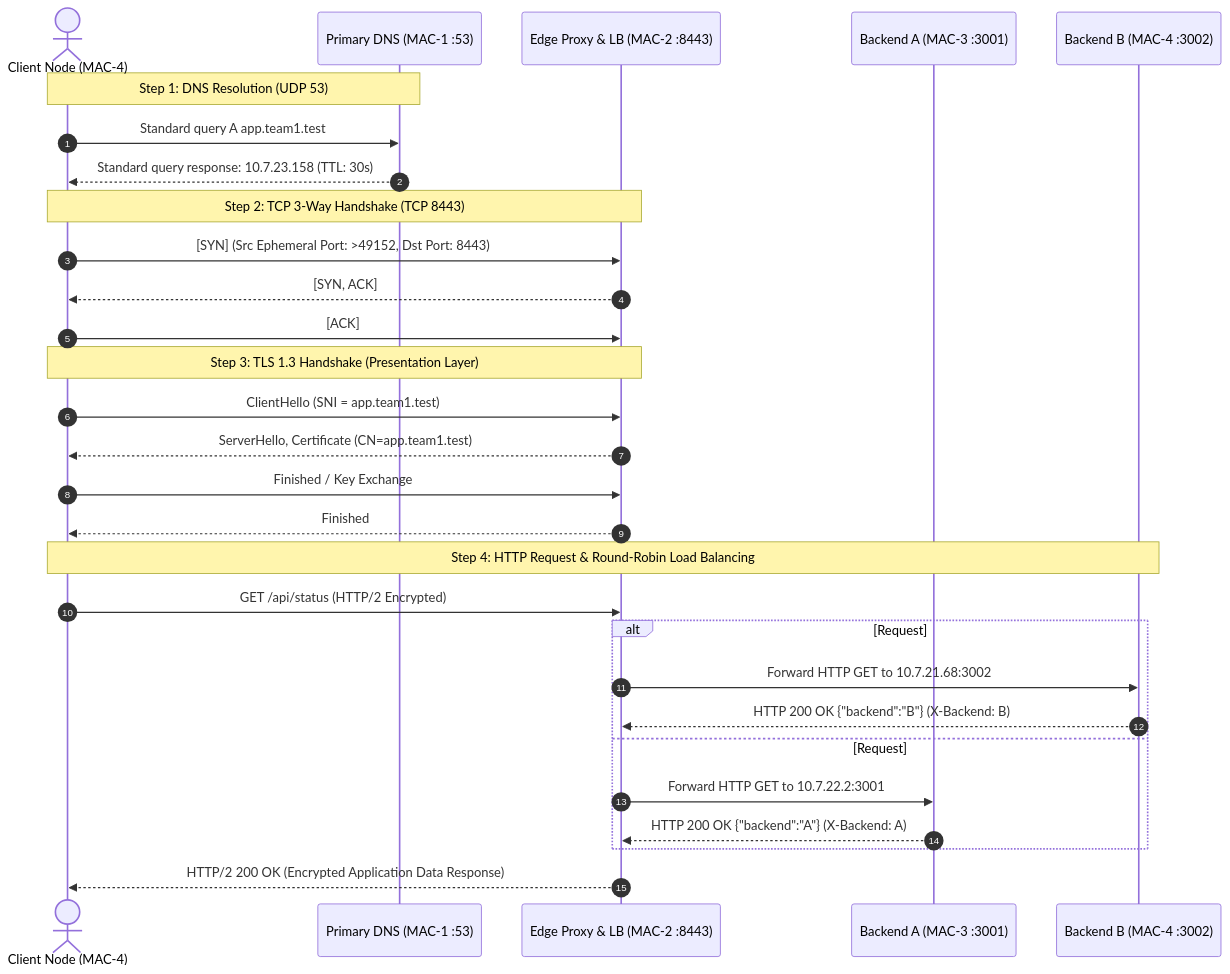
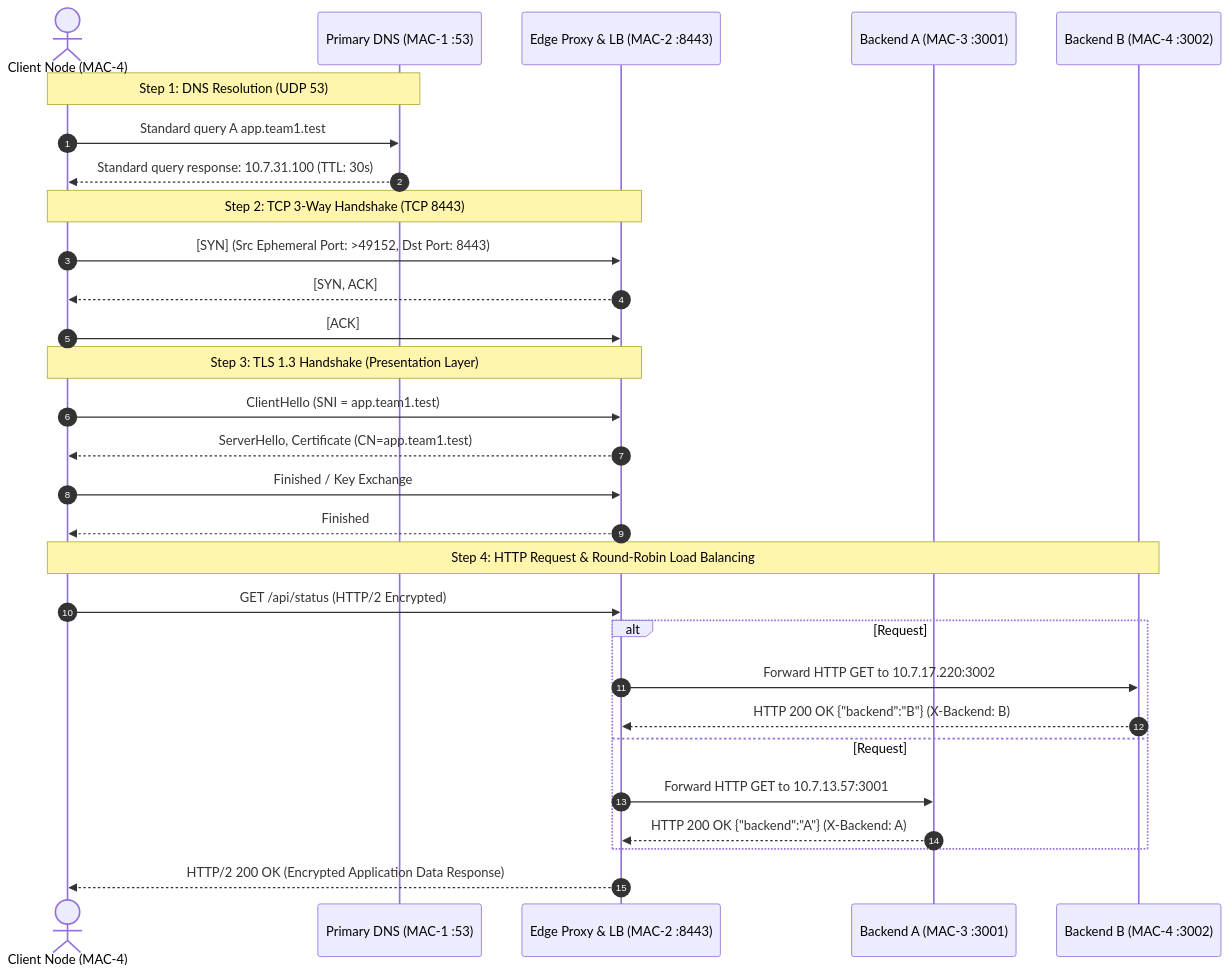
Before and after one commit to Ankit35027/Computer-Networks: the second of 3 diagrams in ARCHITECTURE.md, drawn with Mermaid. The commit also changed other lines of this file and 2 other files, not shown here.

Commit message:
Docs: Phase 2 report from live results, ARCHITECTURE on current IPs, 11-step demo script

````diff
--- a/ARCHITECTURE.md
+++ b/ARCHITECTURE.md
@@ -85,35 +89,35 @@
 ```mermaid
 sequenceDiagram
     autonumber
     actor Client as Client Node (MAC-4)
     participant DNS as Primary DNS (MAC-1 :53)
     participant Edge as Edge Proxy & LB (MAC-2 :8443)
     participant B_A as Backend A (MAC-3 :3001)
     participant B_B as Backend B (MAC-4 :3002)
 
     Note over Client,DNS: Step 1: DNS Resolution (UDP 53)
     Client->>DNS: Standard query A app.team1.test
-    DNS-->>Client: Standard query response: 10.7.23.158 (TTL: 30s)
+    DNS-->>Client: Standard query response: 10.7.31.100 (TTL: 30s)
 
     Note over Client,Edge: Step 2: TCP 3-Way Handshake (TCP 8443)
     Client->>Edge: [SYN] (Src Ephemeral Port: >49152, Dst Port: 8443)
     Edge-->>Client: [SYN, ACK]
     Client->>Edge: [ACK]
 
     Note over Client,Edge: Step 3: TLS 1.3 Handshake (Presentation Layer)
     Client->>Edge: ClientHello (SNI = app.team1.test)
     Edge-->>Client: ServerHello, Certificate (CN=app.team1.test)
     Client->>Edge: Finished / Key Exchange
     Edge-->>Client: Finished
 
     Note over Client,B_B: Step 4: HTTP Request & Round-Robin Load Balancing
     Client->>Edge: GET /api/status (HTTP/2 Encrypted)
     alt Request #1, #3 (Round-Robin)
-        Edge->>B_B: Forward HTTP GET to 10.7.21.68:3002
+        Edge->>B_B: Forward HTTP GET to 10.7.17.220:3002
         B_B-->>Edge: HTTP 200 OK {"backend":"B"} (X-Backend: B)
     else Request #2, #4 (Round-Robin)
-        Edge->>B_A: Forward HTTP GET to 10.7.22.2:3001
+        Edge->>B_A: Forward HTTP GET to 10.7.13.57:3001
         B_A-->>Edge: HTTP 200 OK {"backend":"A"} (X-Backend: A)
     end
     Edge-->>Client: HTTP/2 200 OK (Encrypted Application Data Response)
 ```
````
